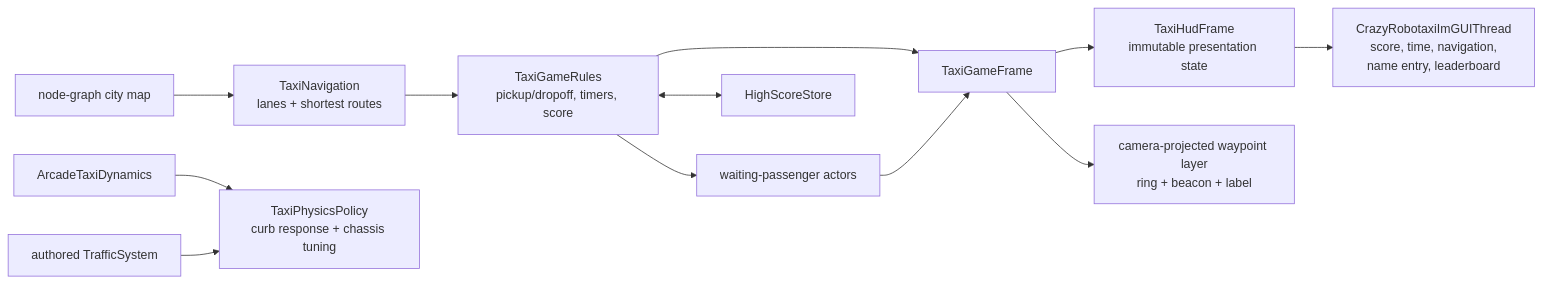
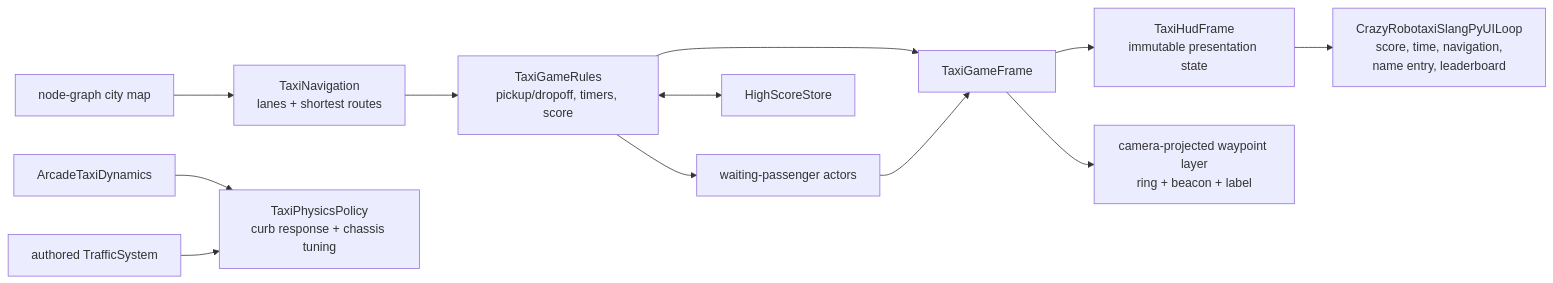
The fourth of 5 diagrams in docs/design/crazy_robotaxi_v2_architecture.md (NVIDIA/flashdreams), drawn with Mermaid before and after one commit. The commit also changed other lines of this file and 5 other files, not shown here.

Commit message:
Adapt Crazy Robotaxi to merged V2 loop API

````diff
--- a/docs/design/crazy_robotaxi_v2_architecture.md
+++ b/docs/design/crazy_robotaxi_v2_architecture.md
@@ -207,24 +207,24 @@
 ```mermaid
 flowchart LR
     MAP["node-graph city map"]
     NAV["TaxiNavigation<br/>lanes + shortest routes"]
     FARES["TaxiGameRules<br/>pickup/dropoff, timers, score"]
     TAXI["ArcadeTaxiDynamics"]
     TAXIPHYS["TaxiPhysicsPolicy<br/>curb response + chassis tuning"]
     TRAFFIC["authored TrafficSystem"]
     PASSENGERS["waiting-passenger actors"]
     SCORES["HighScoreStore"]
     FRAME["TaxiGameFrame"]
     HUDSTATE["TaxiHudFrame<br/>immutable presentation state"]
     WAYPOINTS["camera-projected waypoint layer<br/>ring + beacon + label"]
-    IMGUI["CrazyRobotaxiImGUIThread<br/>score, time, navigation,<br/>name entry, leaderboard"]
+    IMGUI["CrazyRobotaxiSlangPyUILoop<br/>score, time, navigation,<br/>name entry, leaderboard"]
 
     MAP --> NAV --> FARES
     TAXI --> TAXIPHYS
     TRAFFIC --> TAXIPHYS
     FARES --> PASSENGERS
     FARES <--> SCORES
     FARES --> FRAME --> HUDSTATE --> IMGUI
     FRAME --> WAYPOINTS
     PASSENGERS --> FRAME
 ```
````
